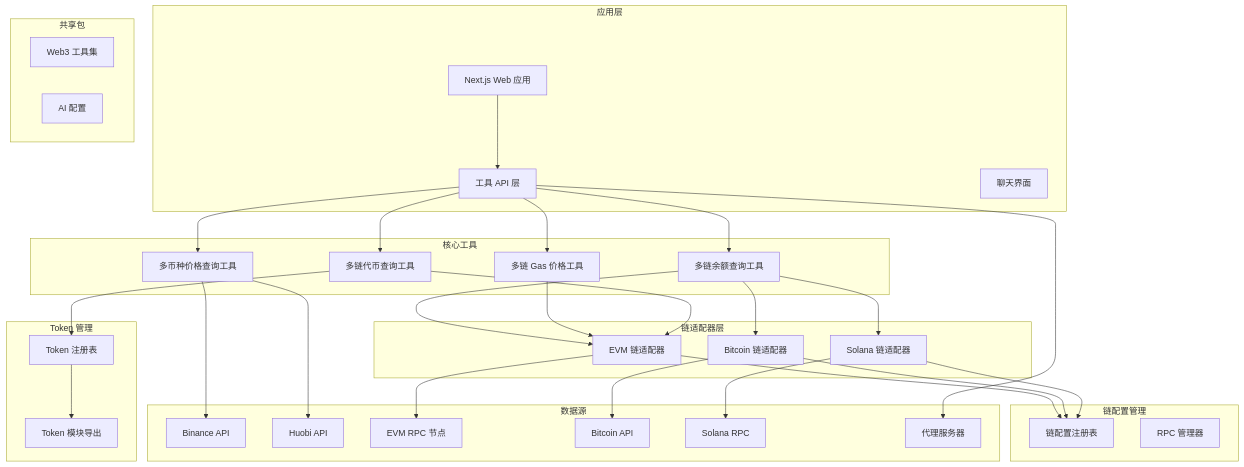
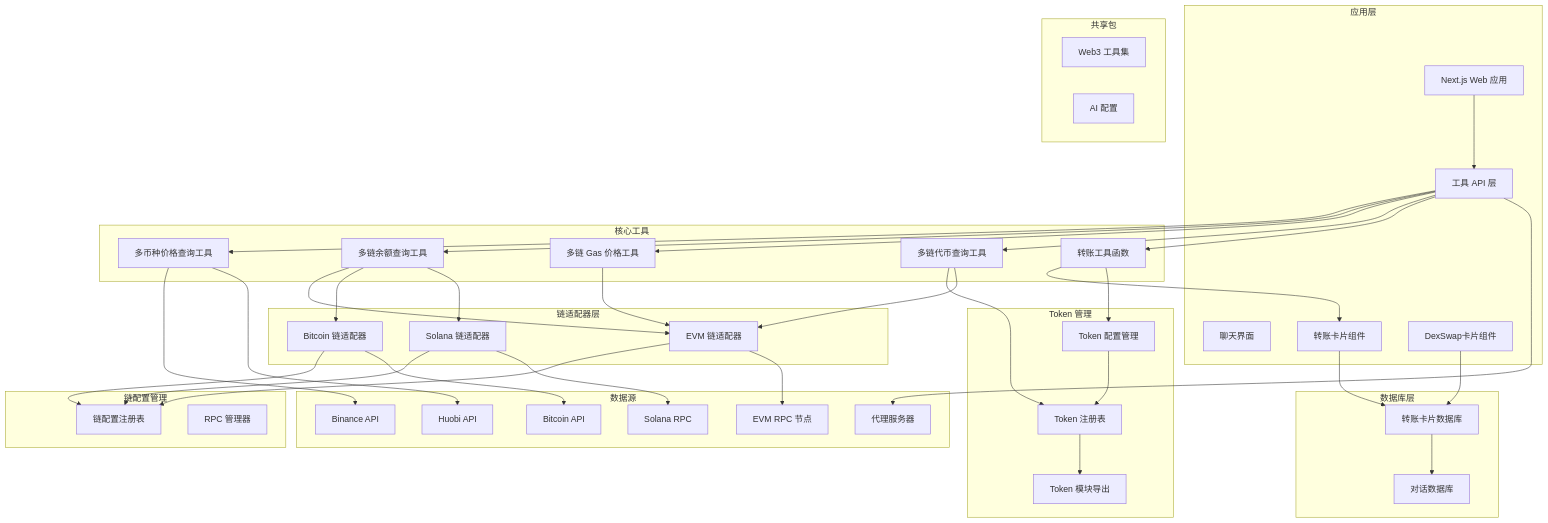
One commit to CryptoLinxu/Web3-AI-Agent changed the first of 16 diagrams in .qoder/repowiki/zh/content/Web3工具集成/核心Web3工具实现/核心Web3工具实现.md. Above: the diagram before and after it, drawn with Mermaid. The commit also changed other lines of this file and 7 other files, not shown here.

Commit message:
eat(transfer-card): 实现 ERC20 approve 完整流程" -m "扩展 ERC20_ABI 增加 allowance 和 approve 新增 useReadContract 检查授权额度 allowance 不足时自动显示授权步骤 approve 成功后自动发起 transfer 新增 approving 状态和授权 UI 按钮 类型 TransferStatus 新增 approving

````diff
--- a/.qoder/repowiki/zh/content/Web3工具集成/核心Web3工具实现/核心Web3工具实现.md
+++ b/.qoder/repowiki/zh/content/Web3工具集成/核心Web3工具实现/核心Web3工具实现.md
@@ -51,60 +61,75 @@
 ```mermaid
 graph TB
 subgraph "应用层"
 WebApp[Next.js Web 应用]
 API[工具 API 层]
 Chat[聊天界面]
+TransferCard[转账卡片组件]
+DexSwapCard[DexSwap卡片组件]
 end
 subgraph "共享包"
 Web3Tools[Web3 工具集]
 AIConfig[AI 配置]
 end
 subgraph "核心工具"
 PriceTool[多币种价格查询工具]
 BalanceTool[多链余额查询工具]
 GasTool[多链 Gas 价格工具]
 TokenTool[多链代币查询工具]
+TransferTool[转账工具函数]
 end
 subgraph "链适配器层"
 EVMAdapter[EVM 链适配器]
 BitcoinAdapter[Bitcoin 链适配器]
 SolanaAdapter[Solana 链适配器]
 end
 subgraph "链配置管理"
 ChainConfig[链配置注册表]
 RPCManager[RPC 管理器]
 end
 subgraph "Token 管理"
 TokenRegistry[Token 注册表]
 TokenIndex[Token 模块导出]
+TokenConfig[Token 配置管理]
+end
+subgraph "数据库层"
+TransferDB[转账卡片数据库]
+ConversationDB[对话数据库]
 end
 subgraph "数据源"
 Binance[Binance API]
 Huobi[Huobi API]
 RPCNodes[EVM RPC 节点]
 BitcoinAPI[Bitcoin API]
 SolanaRPC[Solana RPC]
 ProxyAgent[代理服务器]
 end
 WebApp --> API
 API --> PriceTool
 API --> BalanceTool
 API --> GasTool
 API --> TokenTool
+API --> TransferTool
 PriceTool --> Binance
 PriceTool --> Huobi
 BalanceTool --> EVMAdapter
 BalanceTool --> BitcoinAdapter
 BalanceTool --> SolanaAdapter
 GasTool --> EVMAdapter
 TokenTool --> TokenRegistry
 TokenTool --> EVMAdapter
+TransferTool --> TransferCard
+TransferTool --> TokenConfig
+TransferCard --> TransferDB
+DexSwapCard --> TransferDB
+TransferDB --> ConversationDB
 EVMAdapter --> ChainConfig
 BitcoinAdapter --> ChainConfig
 SolanaAdapter --> ChainConfig
 EVMAdapter --> RPCNodes
 BitcoinAdapter --> BitcoinAPI
 SolanaAdapter --> SolanaRPC
 TokenRegistry --> TokenIndex
+TokenConfig --> TokenRegistry
 API --> ProxyAgent
 ```
````
